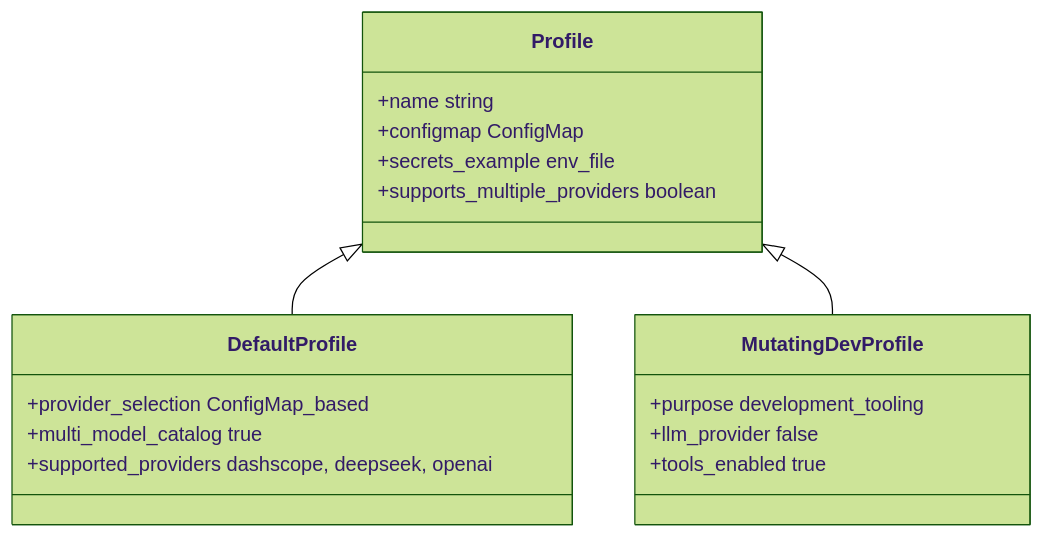
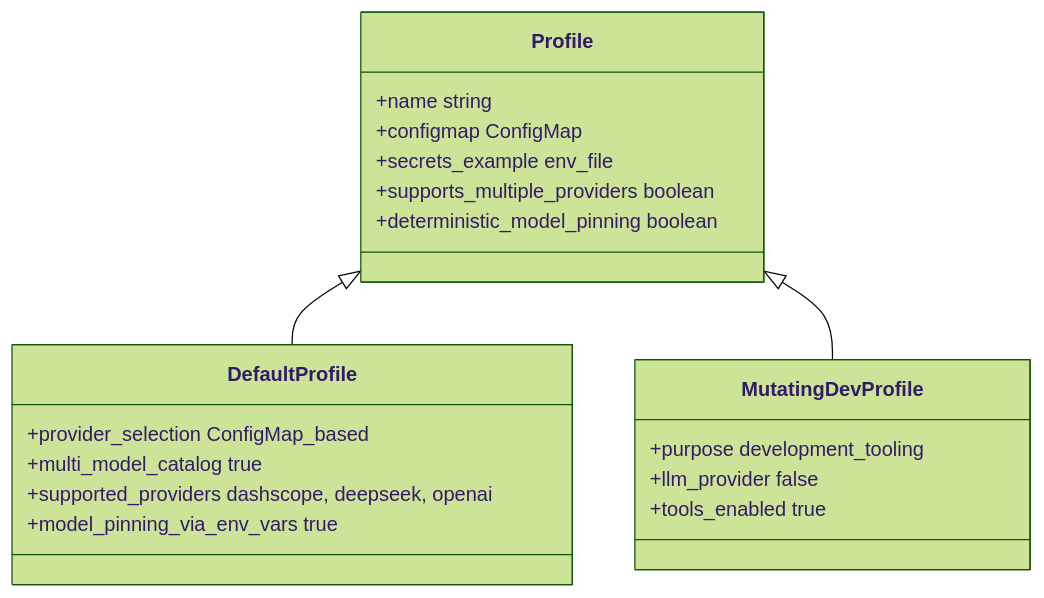
Before and after one commit to metasync/luban-aiops: the fourth of 7 diagrams in .qoder/repowiki/en/content/Deployment and Operations/GitOps Workflow.md, drawn with Mermaid (forest theme). The commit also changed other lines of this file and 3 other files, not shown here.

````diff
--- a/.qoder/repowiki/en/content/Deployment and Operations/GitOps Workflow.md
+++ b/.qoder/repowiki/en/content/Deployment and Operations/GitOps Workflow.md
@@ -196,21 +192,23 @@
 ```mermaid
 classDiagram
 class Profile {
 +name string
 +configmap ConfigMap
 +secrets_example env_file
 +supports_multiple_providers boolean
++deterministic_model_pinning boolean
 }
 class DefaultProfile {
 +provider_selection ConfigMap_based
 +multi_model_catalog true
 +supported_providers dashscope, deepseek, openai
++model_pinning_via_env_vars true
 }
 class MutatingDevProfile {
 +purpose development_tooling
 +llm_provider false
 +tools_enabled true
 }
 Profile <|-- DefaultProfile
 Profile <|-- MutatingDevProfile
 ```
````
